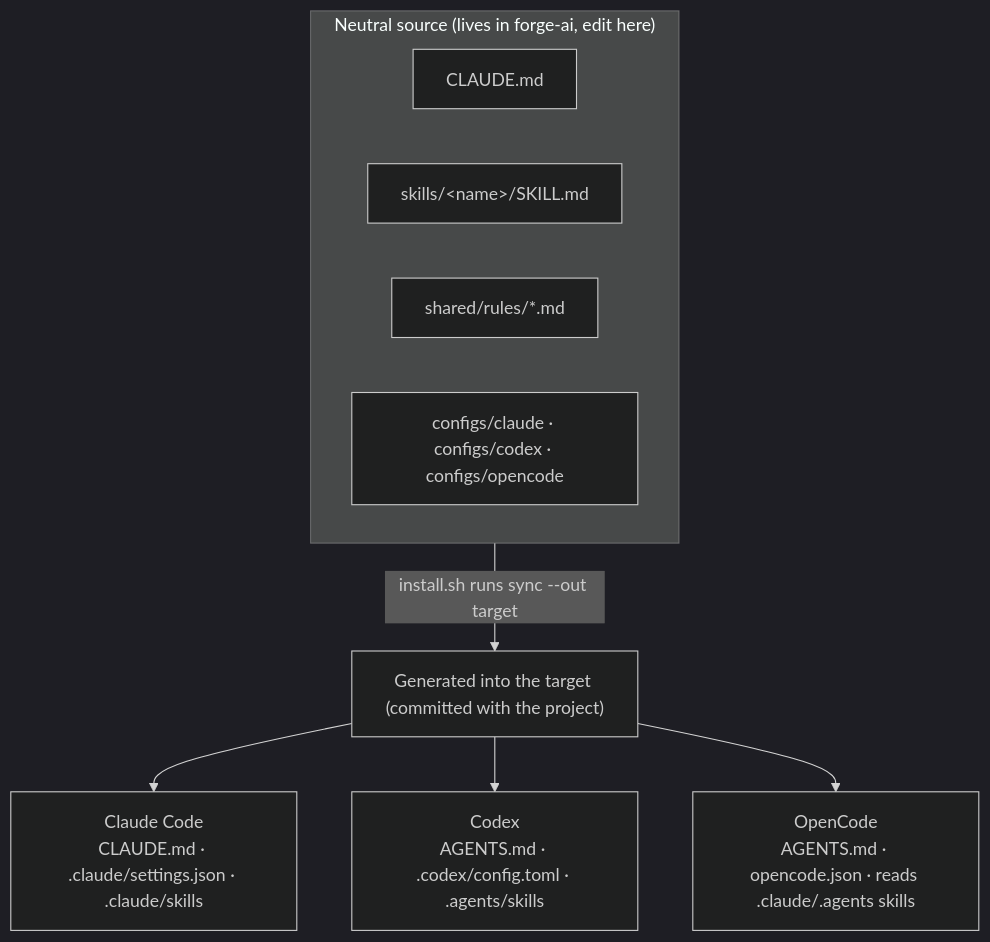
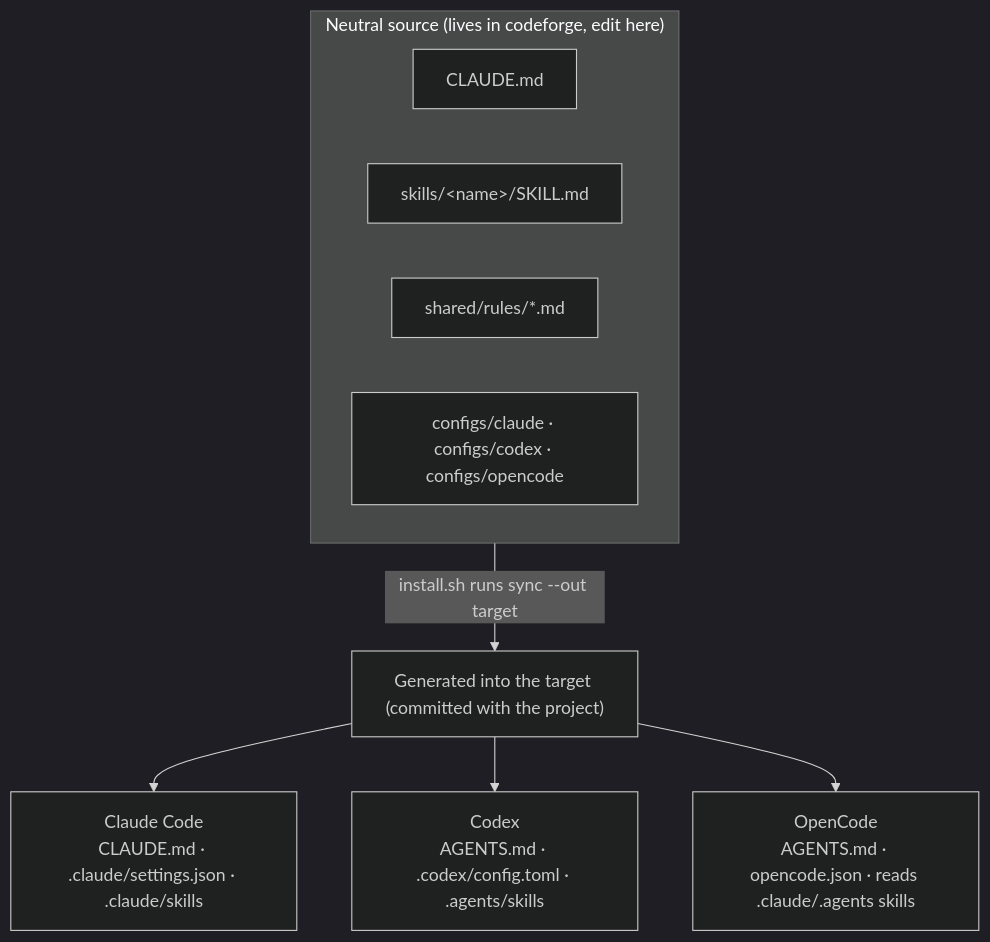
One commit to Juan-Motta/forge-ai changed the first of 2 diagrams in README.md. Above: the diagram before and after it, drawn with Mermaid (dark theme). The commit also changed other lines of this file and 21 other files, not shown here.

First line of the commit message:
chore: rebrand forge-ai → codeforge (name, CLI, repo, package)

````diff
--- a/README.md
+++ b/README.md
@@ -45,13 +45,13 @@
 ```mermaid
 flowchart TD
-    subgraph SRC["Neutral source (lives in forge-ai, edit here)"]
+    subgraph SRC["Neutral source (lives in codeforge, edit here)"]
         INS["CLAUDE.md"]
         SK["skills/&lt;name&gt;/SKILL.md"]
         RU["shared/rules/*.md"]
         CF["configs/claude · configs/codex · configs/opencode"]
     end
     SRC -->|install.sh runs sync --out target| GEN["Generated into the target (committed with the project)"]
     GEN --> CLAUDE["Claude Code<br/>CLAUDE.md · .claude/settings.json · .claude/skills"]
     GEN --> CODEX["Codex<br/>AGENTS.md · .codex/config.toml · .agents/skills"]
     GEN --> OPEN["OpenCode<br/>AGENTS.md · opencode.json · reads .claude/.agents skills"]
 ```
````
